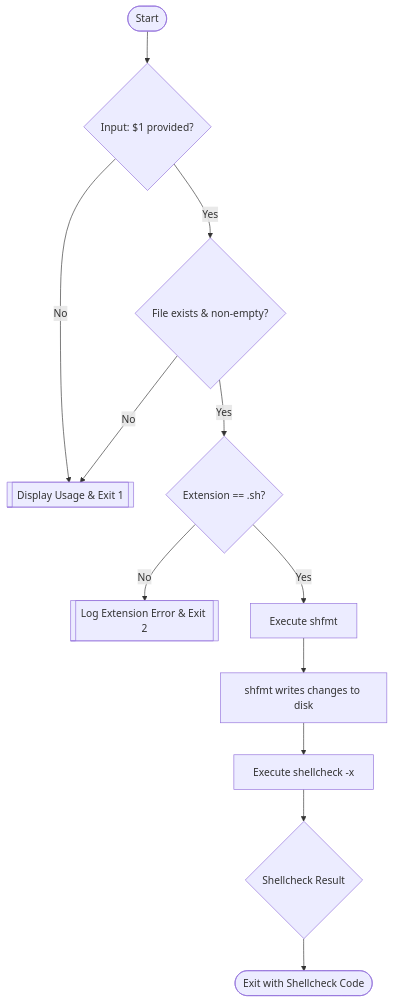
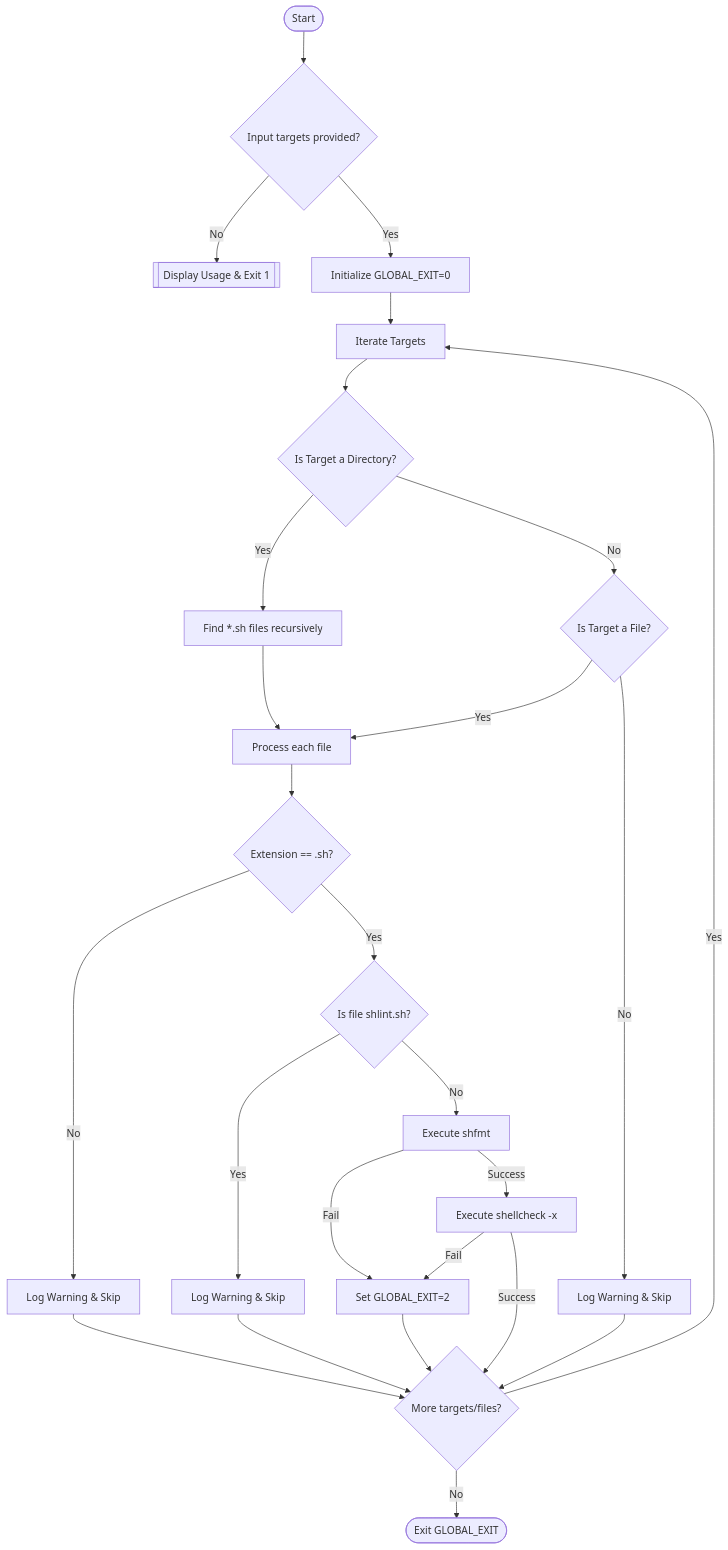
Before and after one commit to edsilegxrepo/devops: the diagram in audit/shlint_README.md, drawn with Mermaid. The commit also changed other lines of this file and 20 other files, not shown here.

````diff
--- a/audit/shlint_README.md
+++ b/audit/shlint_README.md
@@ -33,18 +35,37 @@
 ```mermaid
 graph TD
-    A([Start]) --> B{Input: $1 provided?}
+    A([Start]) --> B{Input targets provided?}
     B -- No --> C[[Display Usage & Exit 1]]
-    B -- Yes --> D{File exists & non-empty?}
+    B -- Yes --> D[Initialize GLOBAL_EXIT=0]
     
-    D -- No --> C
-    D -- Yes --> E{Extension == .sh?}
+    D --> E[Iterate Targets]
+    E --> F{Is Target a Directory?}
     
-    E -- No --> F[[Log Extension Error & Exit 2]]
-    E -- Yes --> G[Execute shfmt]
+    F -- Yes --> G[Find *.sh files recursively]
+    G --> H[Process each file]
     
-    G --> H[shfmt writes changes to disk]
-    H --> I[Execute shellcheck -x]
+    F -- No --> I{Is Target a File?}
+    I -- Yes --> H
+    I -- No --> J[Log Warning & Skip]
     
-    I --> J{Shellcheck Result}
-    J --> K([Exit with Shellcheck Code])
+    H --> K{Extension == .sh?}
+    K -- No --> L[Log Warning & Skip]
+    K -- Yes --> M{Is file shlint.sh?}
+    
+    M -- Yes --> N[Log Warning & Skip]
+    M -- No --> O[Execute shfmt]
+    
+    O -- Fail --> P[Set GLOBAL_EXIT=2]
+    O -- Success --> Q[Execute shellcheck -x]
+    
+    Q -- Fail --> P
+    Q -- Success --> R{More targets/files?}
+    
+    J --> R
+    L --> R
+    N --> R
+    P --> R
+    
+    R -- Yes --> E
+    R -- No --> S([Exit GLOBAL_EXIT])
 ```
````
